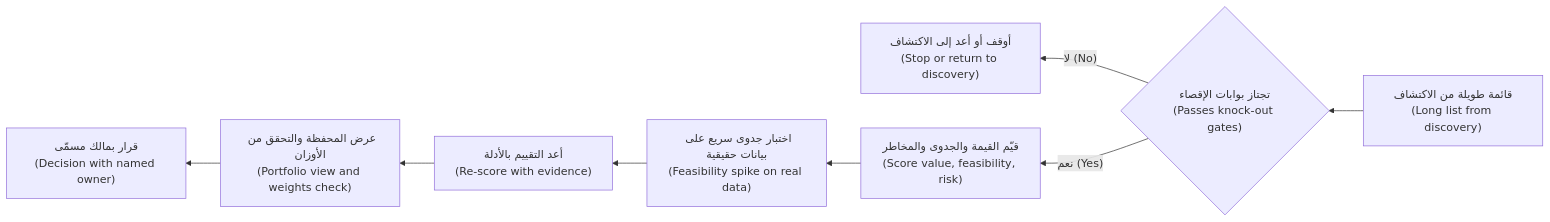
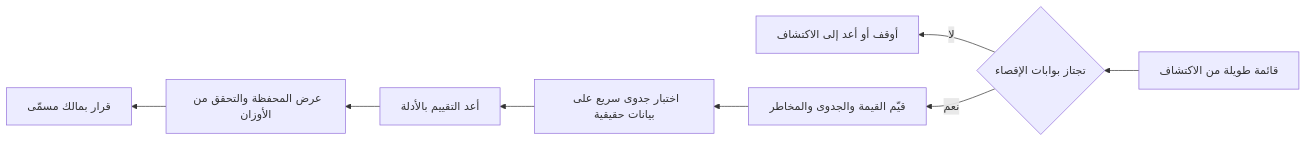
One commit to Tamoura/system-design-for-vibe-coders changed the second of 3 diagrams in aipm/modules/02-discovery.ar.md. Above: the diagram before and after it, drawn with Mermaid. The commit also changed other lines of this file and 551 other files, not shown here.

````diff
--- a/aipm/modules/02-discovery.ar.md
+++ b/aipm/modules/02-discovery.ar.md
@@ -308,10 +316,10 @@
 ```mermaid
 flowchart RL
-    A["قائمة طويلة من الاكتشاف<br/>(Long list from discovery)"] --> B{"تجتاز بوابات الإقصاء<br/>(Passes knock-out gates)"}
-    B -- "لا (No)" --> C["أوقف أو أعد إلى الاكتشاف<br/>(Stop or return to discovery)"]
-    B -- "نعم (Yes)" --> D["قيّم القيمة والجدوى والمخاطر<br/>(Score value, feasibility, risk)"]
-    D --> E["اختبار جدوى سريع على بيانات حقيقية<br/>(Feasibility spike on real data)"]
-    E --> F["أعد التقييم بالأدلة<br/>(Re-score with evidence)"]
-    F --> G["عرض المحفظة والتحقق من الأوزان<br/>(Portfolio view and weights check)"]
-    G --> H["قرار بمالك مسمّى<br/>(Decision with named owner)"]
+    A["قائمة طويلة من الاكتشاف"] --> B{"تجتاز بوابات الإقصاء"}
+    B -- "لا" --> C["أوقف أو أعد إلى الاكتشاف"]
+    B -- "نعم" --> D["قيّم القيمة والجدوى والمخاطر"]
+    D --> E["اختبار جدوى سريع على بيانات حقيقية"]
+    E --> F["أعد التقييم بالأدلة"]
+    F --> G["عرض المحفظة والتحقق من الأوزان"]
+    G --> H["قرار بمالك مسمّى"]
 ```
````
